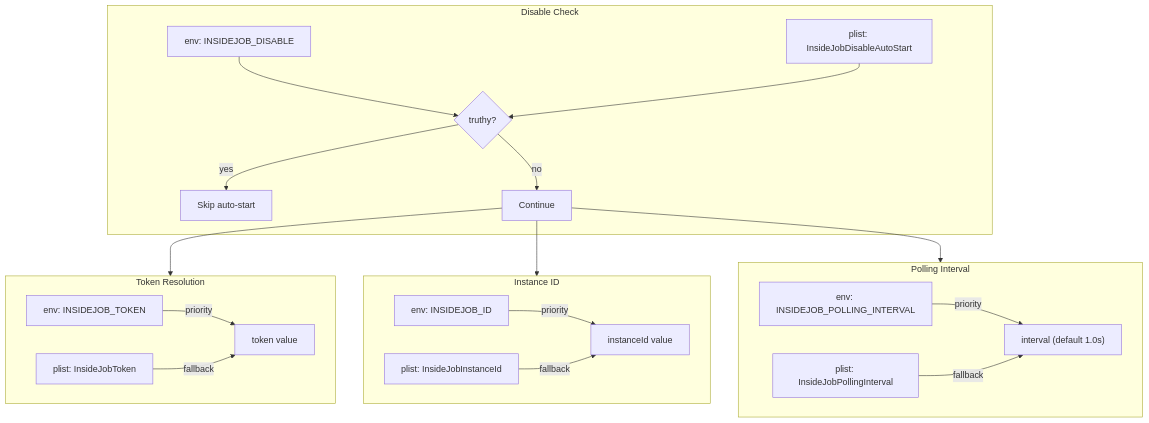
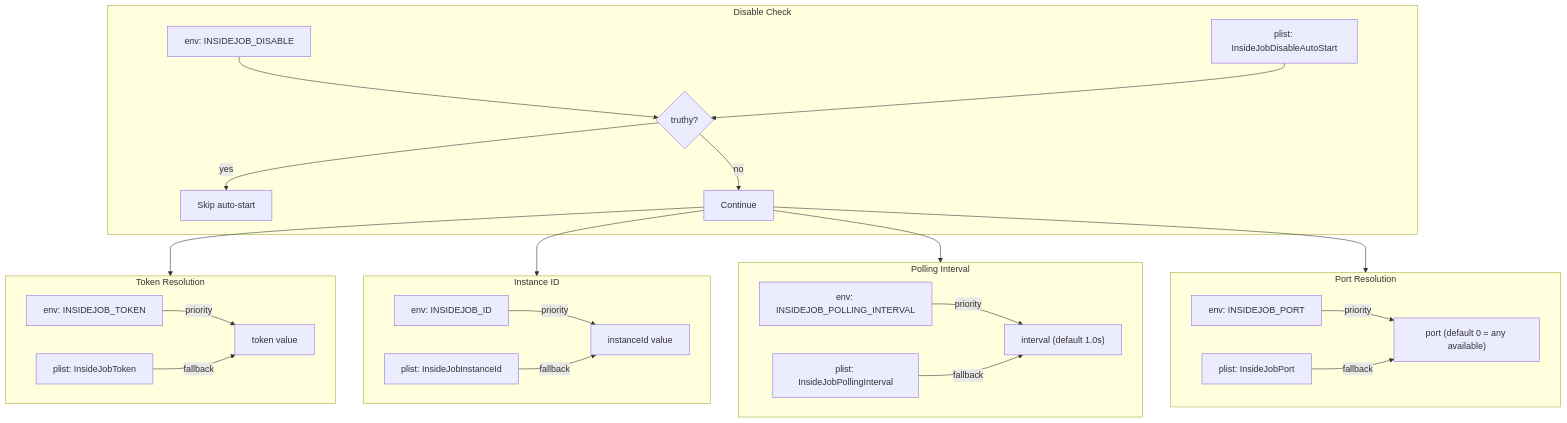
One commit to RoyalPineapple/TheButtonHeist changed the second of 2 diagrams in docs/dossiers/08-THEPLANT.md. Above: the diagram before and after it, drawn with Mermaid. The commit also changed other lines of this file and 17 other files, not shown here.

````diff
--- a/docs/dossiers/08-THEPLANT.md
+++ b/docs/dossiers/08-THEPLANT.md
@@ -46,36 +47,44 @@
 ```mermaid
 flowchart TD
     subgraph Disable["Disable Check"]
         EnvDis["env: INSIDEJOB_DISABLE"]
         PlistDis["plist: InsideJobDisableAutoStart"]
         EnvDis --> Check{"truthy?"}
         PlistDis --> Check
         Check -->|yes| Skip["Skip auto-start"]
         Check -->|no| Continue["Continue"]
     end
 
     subgraph Token["Token Resolution"]
         EnvToken["env: INSIDEJOB_TOKEN"]
         PlistToken["plist: InsideJobToken"]
         EnvToken -->|priority| TokenVal["token value"]
         PlistToken -->|fallback| TokenVal
     end
 
     subgraph ID["Instance ID"]
         EnvID["env: INSIDEJOB_ID"]
         PlistID["plist: InsideJobInstanceId"]
         EnvID -->|priority| IDVal["instanceId value"]
         PlistID -->|fallback| IDVal
     end
 
     subgraph Poll["Polling Interval"]
         EnvPoll["env: INSIDEJOB_POLLING_INTERVAL"]
         PlistPoll["plist: InsideJobPollingInterval"]
         EnvPoll -->|priority| PollVal["interval (default 1.0s)"]
         PlistPoll -->|fallback| PollVal
     end
 
+    subgraph Port["Port Resolution"]
+        EnvPort["env: INSIDEJOB_PORT"]
+        PlistPort["plist: InsideJobPort"]
+        EnvPort -->|priority| PortVal["port (default 0 = any available)"]
+        PlistPort -->|fallback| PortVal
+    end
+
     Continue --> Token
     Continue --> ID
     Continue --> Poll
+    Continue --> Port
 ```
````
